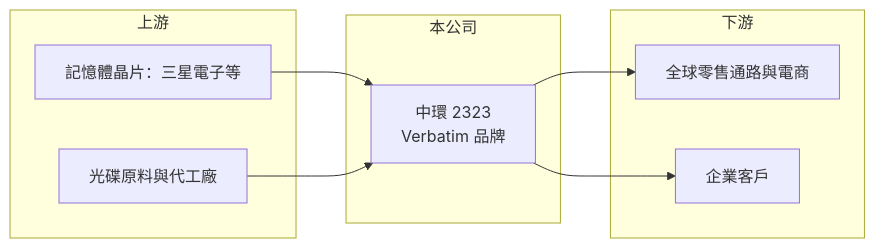
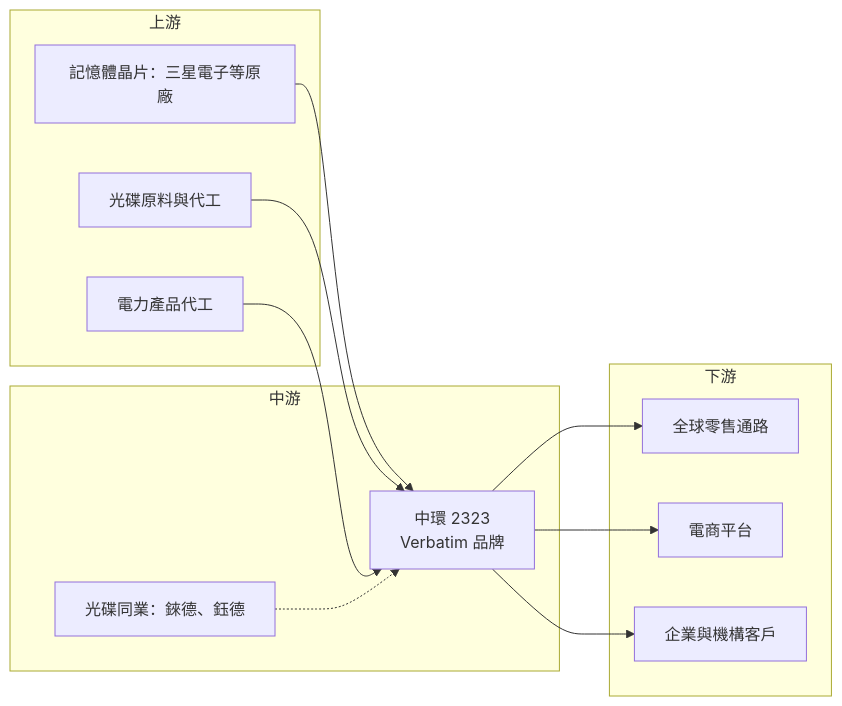
The fourth of 4 diagrams in 個股/台股/2323中環.md (wangnick1004/taiwan-stock-vault), drawn with Mermaid before and after one commit. The commit also changed other lines of this file and 10 other files, not shown here.

````diff
--- a/個股/台股/2323中環.md
+++ b/個股/台股/2323中環.md
@@ -90,18 +232,24 @@
 ```mermaid
 flowchart LR
     subgraph 上游
-        A1["記憶體晶片：三星電子等"]
-        A2["光碟原料與代工廠"]
+        A1["記憶體晶片：三星電子等原廠"]
+        A2["光碟原料與代工"]
+        A3["電力產品代工"]
     end
-    subgraph 本公司
+    subgraph 中游
         B["中環 2323<br/>Verbatim 品牌"]
+        B2["光碟同業：錸德、鈺德"]
     end
     subgraph 下游
-        C1["全球零售通路與電商"]
-        C2["企業客戶"]
+        C1["全球零售通路"]
+        C2["電商平台"]
+        C3["企業與機構客戶"]
     end
     A1 --> B
     A2 --> B
+    A3 --> B
+    B2 -.-> B
     B --> C1
     B --> C2
+    B --> C3
 ```
````
